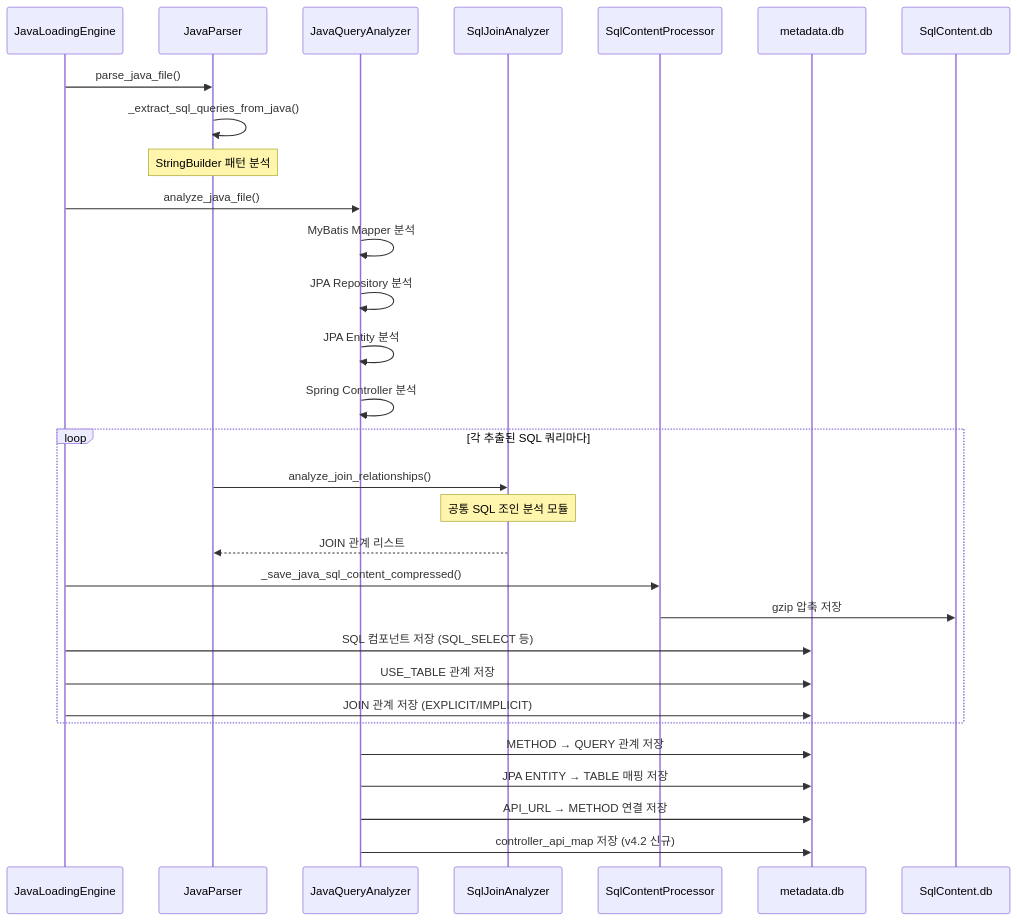
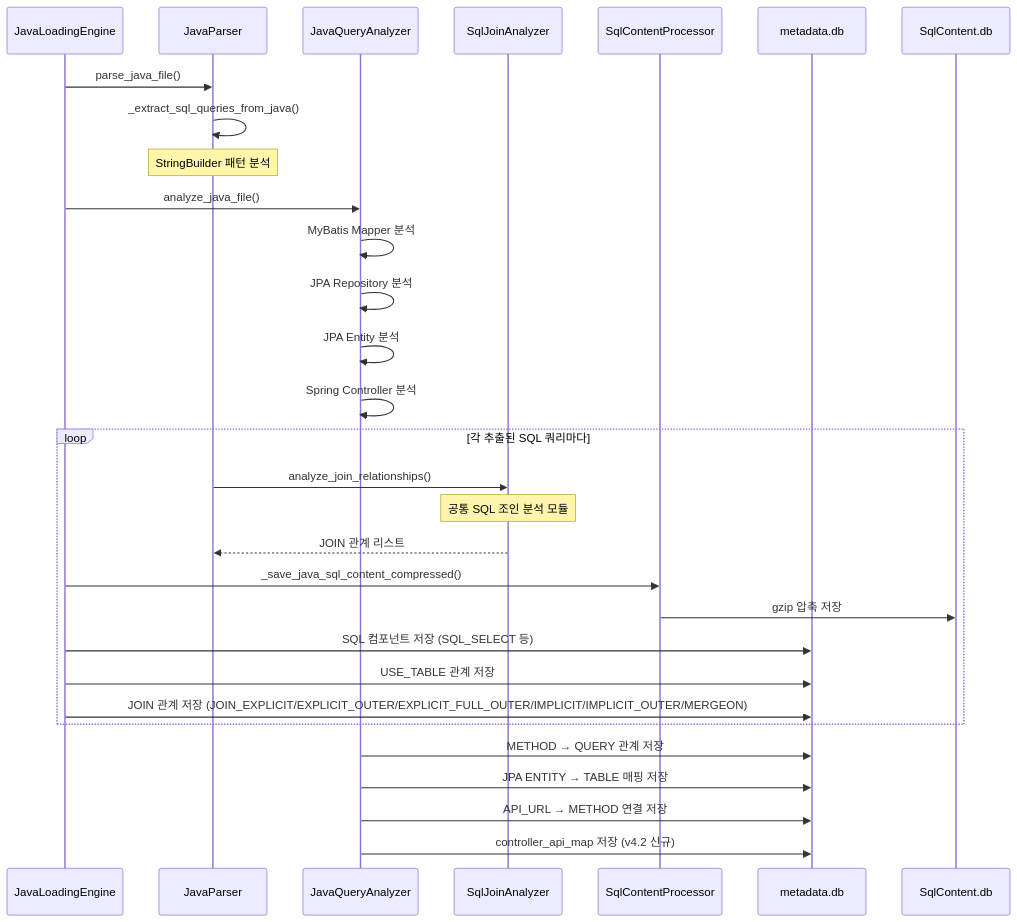
Before and after one commit to kumtaek/CreateMetaDb: the third of 3 diagrams in docs/07_4단계_Java_분석_구현서.md, drawn with Mermaid. The commit also changed other lines of this file and 104 other files, not shown here.

````diff
--- a/docs/07_4단계_Java_분석_구현서.md
+++ b/docs/07_4단계_Java_분석_구현서.md
@@ -950,38 +954,38 @@
 ```mermaid
 sequenceDiagram
     participant JE as JavaLoadingEngine
     participant JP as JavaParser
     participant JQA as JavaQueryAnalyzer
     participant SJA as SqlJoinAnalyzer
     participant SCP as SqlContentProcessor
     participant DB as metadata.db
     participant SCDB as SqlContent.db
 
     JE->>JP: parse_java_file()
     JP->>JP: _extract_sql_queries_from_java()
     Note over JP: StringBuilder 패턴 분석
 
     JE->>JQA: analyze_java_file()
     JQA->>JQA: MyBatis Mapper 분석
     JQA->>JQA: JPA Repository 분석
     JQA->>JQA: JPA Entity 분석
     JQA->>JQA: Spring Controller 분석
 
     loop 각 추출된 SQL 쿼리마다
         JP->>SJA: analyze_join_relationships()
         Note over SJA: 공통 SQL 조인 분석 모듈
         SJA-->>JP: JOIN 관계 리스트
 
         JE->>SCP: _save_java_sql_content_compressed()
         SCP->>SCDB: gzip 압축 저장
 
         JE->>DB: SQL 컴포넌트 저장 (SQL_SELECT 등)
         JE->>DB: USE_TABLE 관계 저장
-        JE->>DB: JOIN 관계 저장 (EXPLICIT/IMPLICIT)
+        JE->>DB: JOIN 관계 저장 (JOIN_EXPLICIT/EXPLICIT_OUTER/EXPLICIT_FULL_OUTER/IMPLICIT/IMPLICIT_OUTER/MERGEON)
     end
 
     JQA->>DB: METHOD → QUERY 관계 저장
     JQA->>DB: JPA ENTITY → TABLE 매핑 저장
     JQA->>DB: API_URL → METHOD 연결 저장
     JQA->>DB: controller_api_map 저장 (v4.2 신규)
 ```
````
